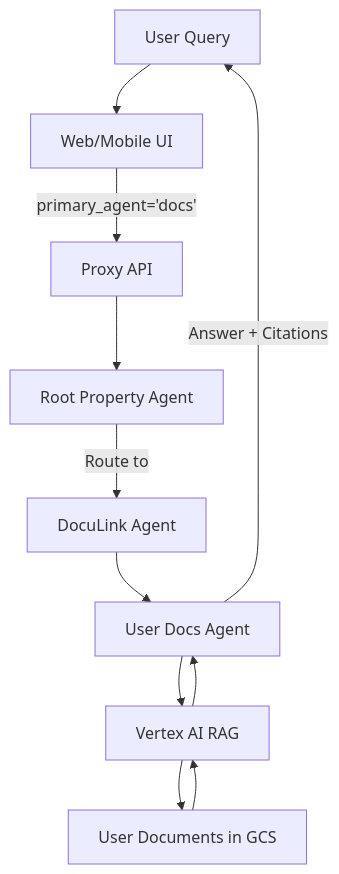
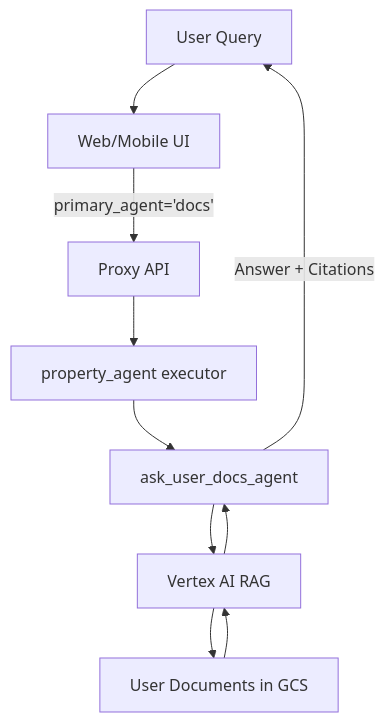
One commit to knotking/asset-mem changed the diagram in docs/docs_chat/DOCS_CHAT_IMPLEMENTATION.md. Above: the diagram before and after it, drawn with Mermaid. The commit also changed other lines of this file and 116 other files, not shown here.

````diff
--- a/docs/docs_chat/DOCS_CHAT_IMPLEMENTATION.md
+++ b/docs/docs_chat/DOCS_CHAT_IMPLEMENTATION.md
@@ -23,13 +23,12 @@
 ```mermaid
 graph TD
     User[User Query] --> UI[Web/Mobile UI]
     UI --> |primary_agent='docs'| API[Proxy API]
     API --> RootAgent[Root Property Agent]
-    RootAgent --> |Route to| DocuLink[DocuLink Agent]
-    DocuLink --> UserDocs[User Docs Agent]
+    RootAgent[property_agent executor] --> UserDocs[ask_user_docs_agent]
     UserDocs --> RAG[Vertex AI RAG]
     RAG --> GCS[User Documents in GCS]
     GCS --> RAG
     RAG --> UserDocs
     UserDocs --> |Answer + Citations| User
 ```
````
